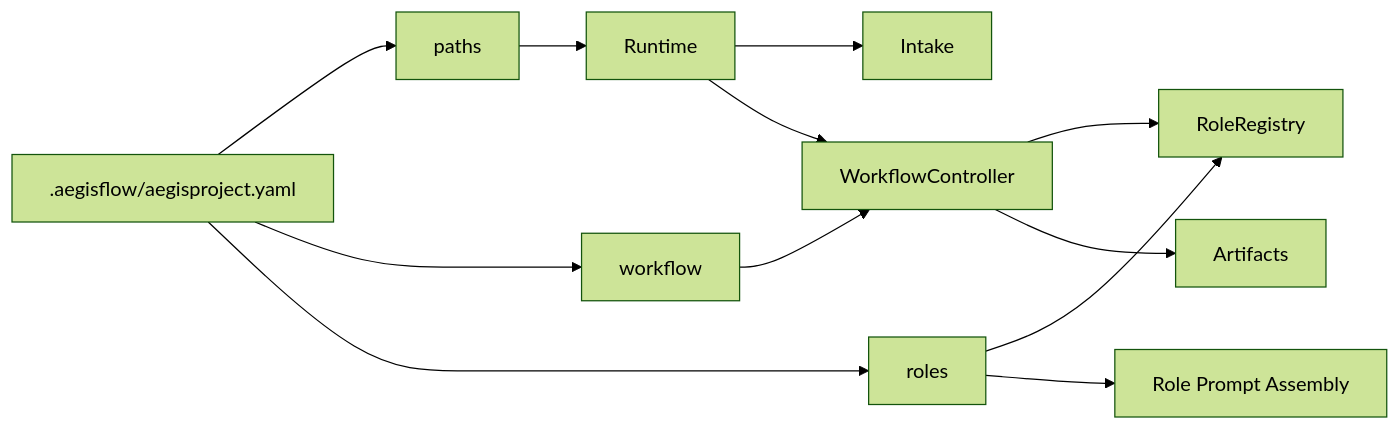
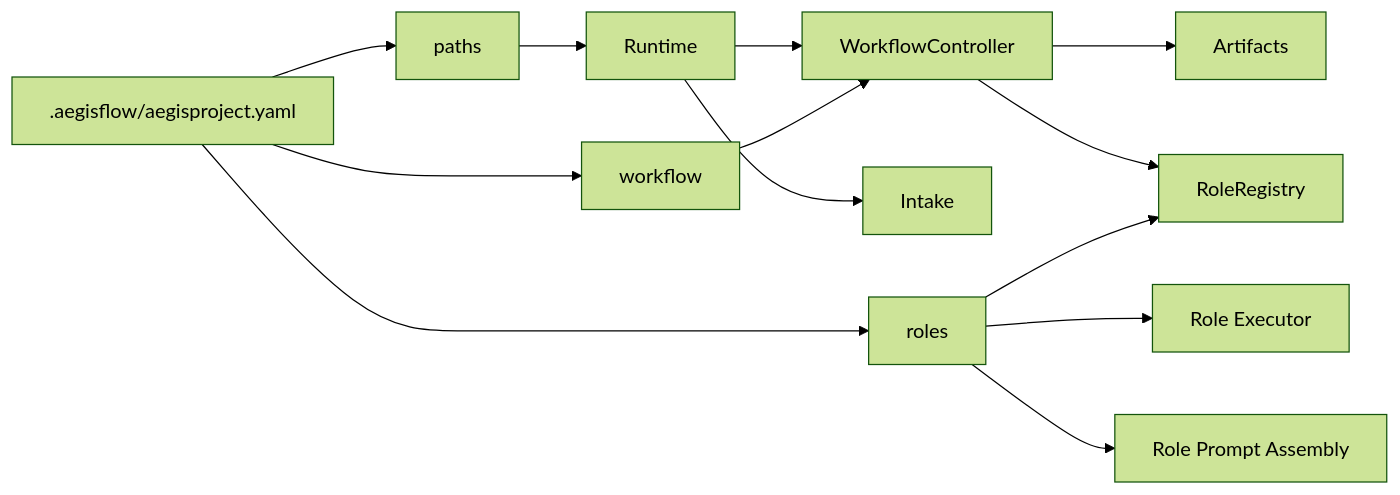
The diagram in README.md (AryzingKhaos/AegisFlow), drawn with Mermaid (forest theme) before and after one commit. The commit also changed other lines of this file and 5 other files, not shown here.

````diff
--- a/README.md
+++ b/README.md
@@ -321,25 +368,27 @@
 ```mermaid
 flowchart LR
     CFG[.aegisflow/aegisproject.yaml]
     PATHS[paths]
     WF[workflow]
     ROLES[roles]
+    EXEC[Role Executor]
     RT[Runtime]
     IA[Intake]
     WC[WorkflowController]
     RR[RoleRegistry]
     RP[Role Prompt Assembly]
     ART[Artifacts]
 
     CFG --> PATHS
     CFG --> WF
     CFG --> ROLES
+    ROLES --> EXEC
     PATHS --> RT
     WF --> WC
     ROLES --> RR
     ROLES --> RP
     RT --> IA
     RT --> WC
     WC --> RR
     WC --> ART
 ```
````
